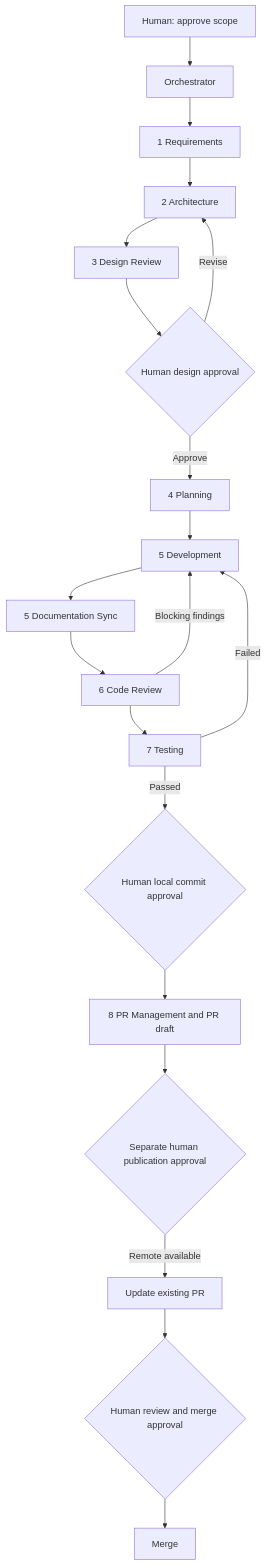
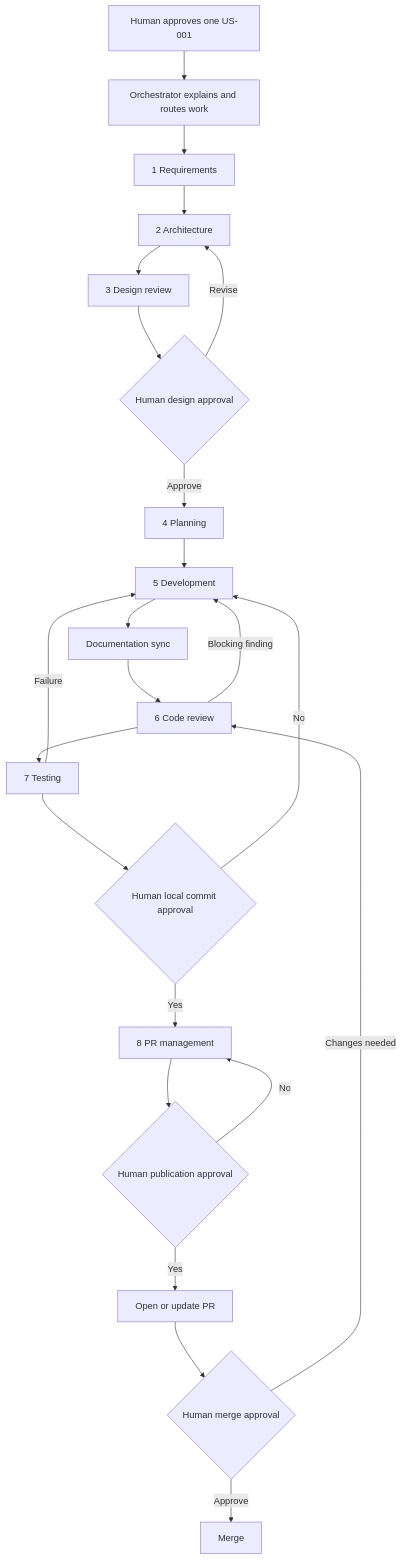
Before and after one commit to deepakkumar-r/daily-expense-tracker-automatic-doc-sync: the diagram in docs/workflow.md, drawn with Mermaid. The commit also changed other lines of this file and 1 other file, not shown here.

Commit message:
docs: simplify architecture and agentic workflow
Explain the runtime layers and eight-stage human-gated workflow from top to bottom.\n\nCo-authored-by: Copilot <223556219+Copilot@users.noreply.github.com>

````diff
--- a/docs/workflow.md
+++ b/docs/workflow.md
@@ -3,22 +3,25 @@
 ```mermaid
 flowchart TD
-    H[Human: approve scope] --> O[Orchestrator]
+    H[Human approves one US-001] --> O[Orchestrator explains and routes work]
     O --> R[1 Requirements]
     R --> A[2 Architecture]
-    A --> D[3 Design Review]
+    A --> D[3 Design review]
     D --> G{Human design approval}
     G -->|Revise| A
     G -->|Approve| P[4 Planning]
     P --> I[5 Development]
-    I --> S[5 Documentation Sync]
-    S --> C[6 Code Review]
-    C -->|Blocking findings| I
+    I --> S[Documentation sync]
+    S --> C[6 Code review]
+    C -->|Blocking finding| I
     C --> T[7 Testing]
-    T -->|Failed| I
-    T -->|Passed| L{Human local commit approval}
-    L --> M[8 PR Management and PR draft]
-    M --> U{Separate human publication approval}
-    U -->|Remote available| PR[Update existing PR]
-    PR --> V{Human review and merge approval}
-    V --> DONE[Merge]
+    T -->|Failure| I
+    T --> L{Human local commit approval}
+    L -->|No| I
+    L -->|Yes| M[8 PR management]
+    M --> U{Human publication approval}
+    U -->|No| M
+    U -->|Yes| PR[Open or update PR]
+    PR --> V{Human merge approval}
+    V -->|Changes needed| C
+    V -->|Approve| DONE[Merge]
 ```
````
